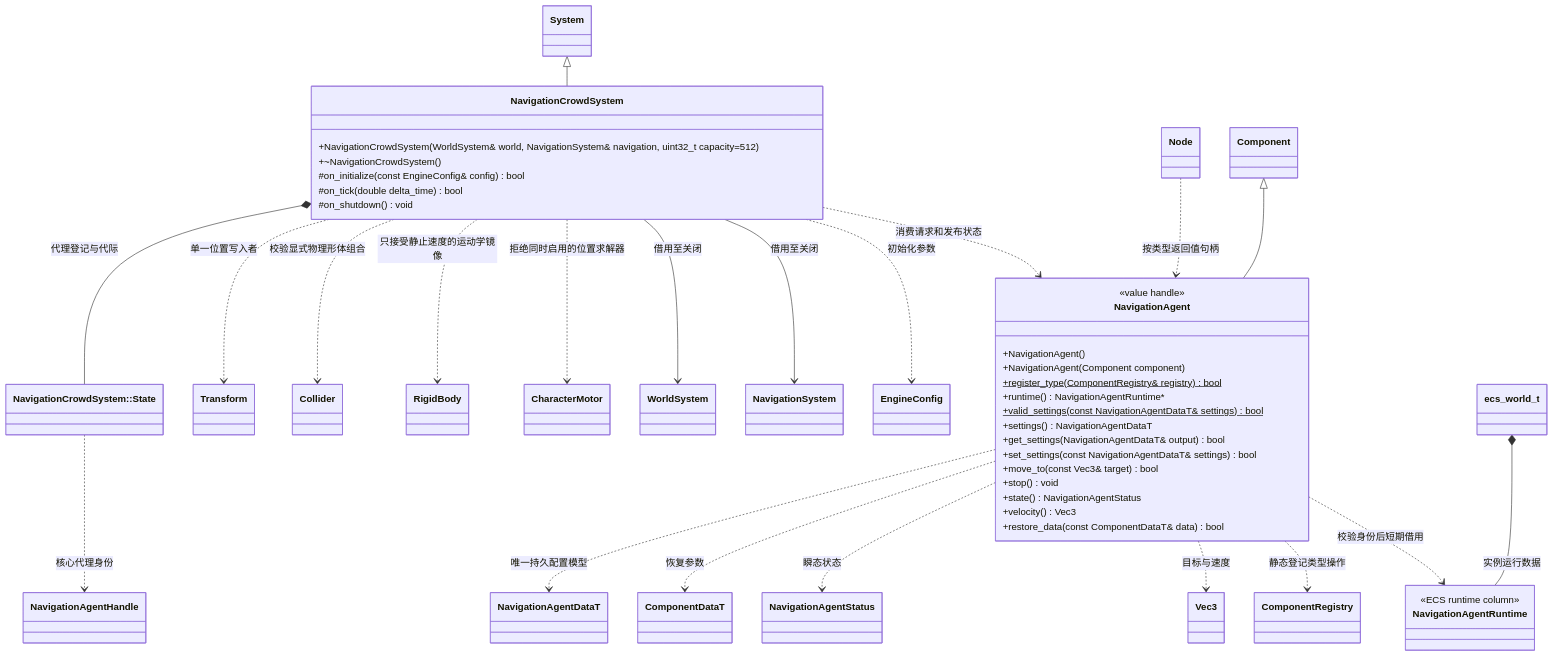
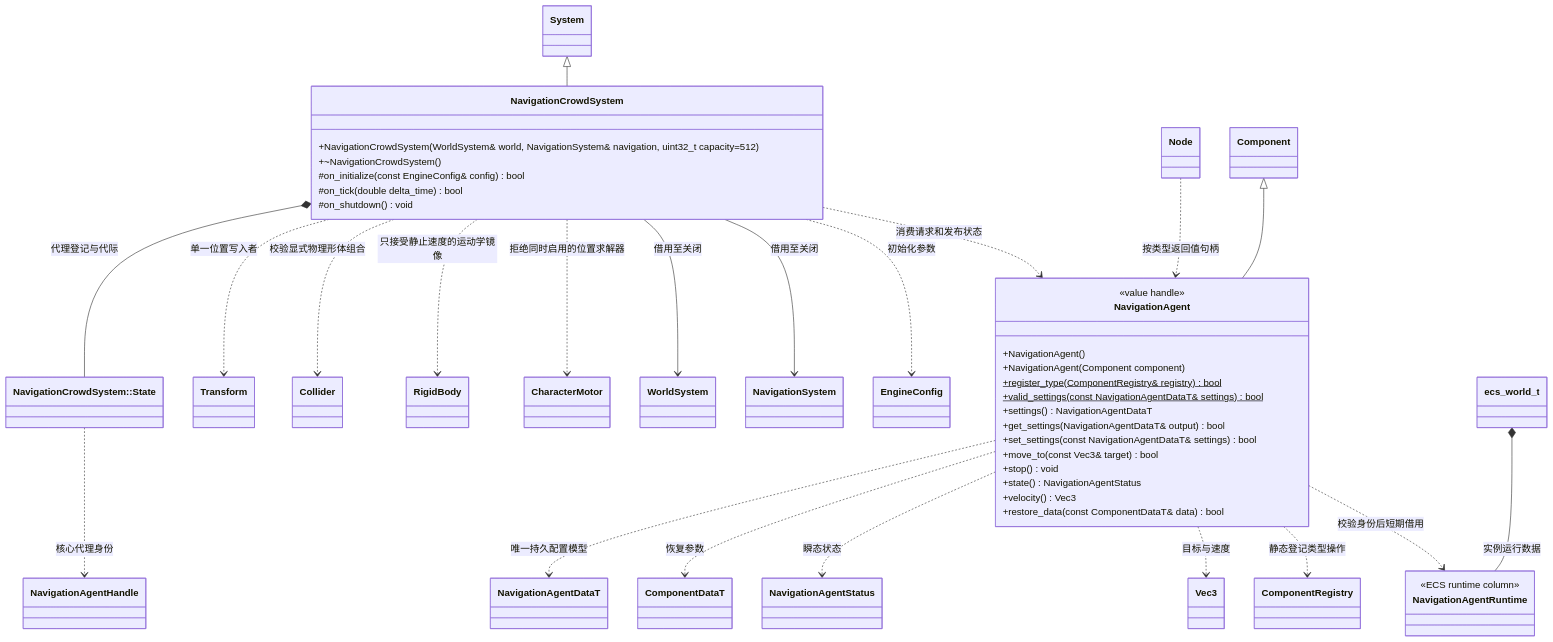
The diagram in docs/plugins/runtime/class-diagrams/navigation-crowd.md (lcals/Engine), drawn with Mermaid before and after one commit. The commit also changed other lines of this file and 125 other files, not shown here.

First line of the commit message:
Fix engine architecture contracts and recovery paths

````diff
--- a/docs/plugins/runtime/class-diagrams/navigation-crowd.md
+++ b/docs/plugins/runtime/class-diagrams/navigation-crowd.md
@@ -7,68 +7,67 @@
 ```mermaid
 classDiagram
     class NavigationAgent {
         <<value handle>>
         +NavigationAgent()
         +NavigationAgent(Component component)
         +register_type(ComponentRegistry& registry) bool$
-        +runtime() NavigationAgentRuntime#42;
         +valid_settings(const NavigationAgentDataT& settings)$ bool
         +settings() NavigationAgentDataT
         +get_settings(NavigationAgentDataT& output) bool
         +set_settings(const NavigationAgentDataT& settings) bool
         +move_to(const Vec3& target) bool
         +stop() void
         +state() NavigationAgentStatus
         +velocity() Vec3
         +restore_data(const ComponentDataT& data) bool
     }
     class NavigationCrowdSystem {
         +NavigationCrowdSystem(WorldSystem& world, NavigationSystem& navigation, uint32_t capacity=512)
         +~NavigationCrowdSystem()
         #on_initialize(const EngineConfig& config) bool
         #on_tick(double delta_time) bool
         #on_shutdown() void
     }
     class Component
     class System
     class Node
     class Transform
     class Collider
     class RigidBody
     class CharacterMotor
     class WorldSystem
     class NavigationSystem
     class NavigationAgentDataT
     class ComponentDataT
     class NavigationAgentStatus
     class NavigationAgentHandle
     class Vec3
     class EngineConfig
     class CrowdState["NavigationCrowdSystem::State"]
     Component <|-- NavigationAgent
     System <|-- NavigationCrowdSystem
     Node ..> NavigationAgent : 按类型返回值句柄
     NavigationAgent ..> NavigationAgentDataT : 唯一持久配置模型
     NavigationAgent ..> ComponentDataT : 恢复参数
     NavigationAgent ..> NavigationAgentStatus : 瞬态状态
     NavigationAgent ..> Vec3 : 目标与速度
     NavigationCrowdSystem --> WorldSystem : 借用至关闭
     NavigationCrowdSystem --> NavigationSystem : 借用至关闭
     NavigationCrowdSystem *-- CrowdState : 代理登记与代际
     CrowdState ..> NavigationAgentHandle : 核心代理身份
     NavigationCrowdSystem ..> NavigationAgent : 消费请求和发布状态
     NavigationCrowdSystem ..> Transform : 单一位置写入者
     NavigationCrowdSystem ..> Collider : 校验显式物理形体组合
     NavigationCrowdSystem ..> RigidBody : 只接受静止速度的运动学镜像
     NavigationCrowdSystem ..> CharacterMotor : 拒绝同时启用的位置求解器
     NavigationCrowdSystem ..> EngineConfig : 初始化参数
     class ComponentRegistry
     class ecs_world_t
     class NavigationAgentRuntime {
         <<ECS runtime column>>
     }
     ecs_world_t *-- NavigationAgentRuntime : 实例运行数据
     NavigationAgent ..> NavigationAgentRuntime : 校验身份后短期借用
     NavigationAgent ..> ComponentRegistry : 静态登记类型操作
 
 ```
````
